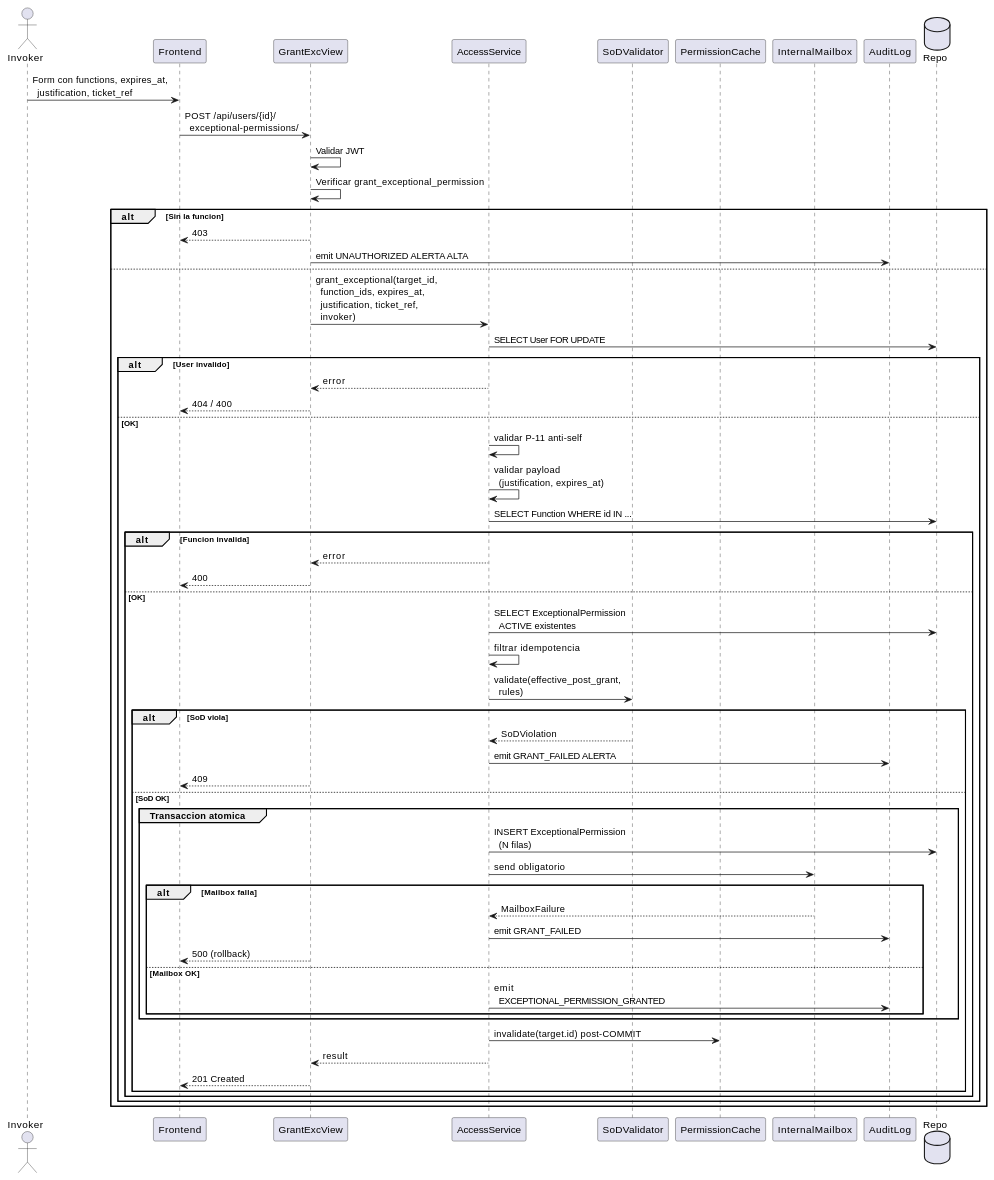
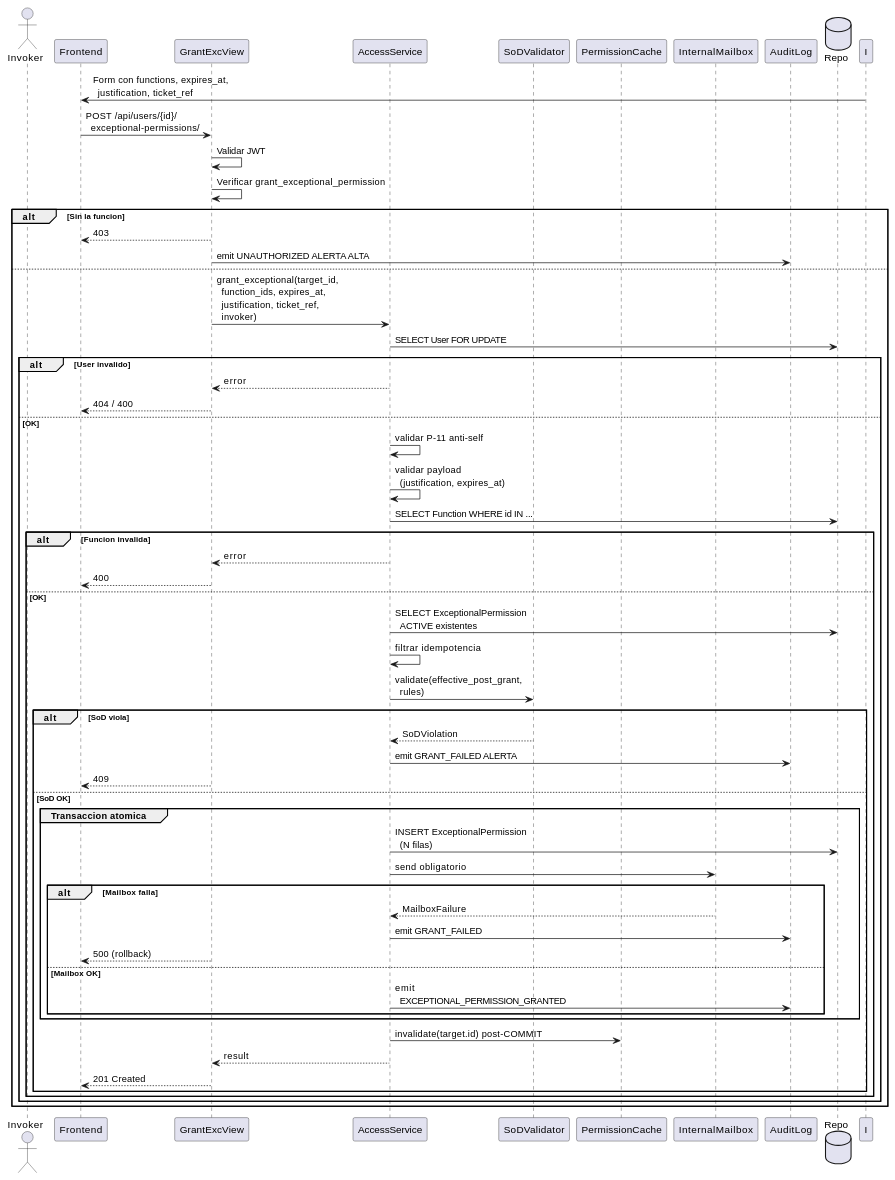
Before and after one commit to jcg-admin/IACT-docs: the second of 4 diagrams in source/requisitos/casos-uso/access/uc-acc-08/diagramas-uml.rst, drawn with PlantUML. The commit also changed other lines of this file and 79 other files, not shown here.

First line of the commit message:
Sweep cryptic aliases in UC diagramas-uml files

```diff
--- a/source/requisitos/casos-uso/access/uc-acc-08/diagramas-uml.rst
+++ b/source/requisitos/casos-uso/access/uc-acc-08/diagramas-uml.rst
@@ -54,66 +54,66 @@
 .. uml::
  :caption: UC_ACC_08 — flujo principal
 
  @startuml
 
- actor Invoker as I
- participant "Frontend" as FE
- participant "GrantExcView" as GV
- participant "AccessService" as AS
- participant "SoDValidator" as SV
- participant "PermissionCache" as PC
- participant "InternalMailbox" as IM
- participant "AuditLog" as AL
- database "Repo" as DB
+ actor Invoker as Invoker
+ participant "Frontend" as Frontend
+ participant "GrantExcView" as Grantexcview
+ participant "AccessService" as Accessservice
+ participant "SoDValidator" as Sodvalidator
+ participant "PermissionCache" as Permissioncache
+ participant "InternalMailbox" as Internalmailbox
+ participant "AuditLog" as Auditlog
+ database "Repo" as Repo
 
- I -> FE: Form con functions, expires_at,\n  justification, ticket_ref
- FE -> GV: POST /api/users/{id}/\n  exceptional-permissions/
+ I -> Frontend: Form con functions, expires_at,\n  justification, ticket_ref
+ Frontend -> Grantexcview: POST /api/users/{id}/\n  exceptional-permissions/
 
- GV -> GV: Validar JWT
- GV -> GV: Verificar grant_exceptional_permission
+ Grantexcview -> Grantexcview: Validar JWT
+ Grantexcview -> Grantexcview: Verificar grant_exceptional_permission
  alt Sin la funcion
-   GV --> FE: 403
-   GV -> AL: emit UNAUTHORIZED ALERTA ALTA
+   Grantexcview --> Frontend: 403
+   Grantexcview -> Auditlog: emit UNAUTHORIZED ALERTA ALTA
  else
-   GV -> AS: grant_exceptional(target_id,\n  function_ids, expires_at,\n  justification, ticket_ref,\n  invoker)
+   Grantexcview -> Accessservice: grant_exceptional(target_id,\n  function_ids, expires_at,\n  justification, ticket_ref,\n  invoker)
 
-   AS -> DB: SELECT User FOR UPDATE
+   Accessservice -> Repo: SELECT User FOR UPDATE
    alt User invalido
-     AS --> GV: error
-     GV --> FE: 404 / 400
+     Accessservice --> Grantexcview: error
+     Grantexcview --> Frontend: 404 / 400
    else OK
-     AS -> AS: validar P-11 anti-self
-     AS -> AS: validar payload\n  (justification, expires_at)
-     AS -> DB: SELECT Function WHERE id IN ...
+     Accessservice -> Accessservice: validar P-11 anti-self
+     Accessservice -> Accessservice: validar payload\n  (justification, expires_at)
+     Accessservice -> Repo: SELECT Function WHERE id IN ...
      alt Funcion invalida
-       AS --> GV: error
-       GV --> FE: 400
+       Accessservice --> Grantexcview: error
+       Grantexcview --> Frontend: 400
      else OK
-       AS -> DB: SELECT ExceptionalPermission\n  ACTIVE existentes
-       AS -> AS: filtrar idempotencia
-       AS -> SV: validate(effective_post_grant,\n  rules)
+       Accessservice -> Repo: SELECT ExceptionalPermission\n  ACTIVE existentes
+       Accessservice -> Accessservice: filtrar idempotencia
+       Accessservice -> Sodvalidator: validate(effective_post_grant,\n  rules)
        alt SoD viola
-         SV --> AS: SoDViolation
-         AS -> AL: emit GRANT_FAILED ALERTA
-         GV --> FE: 409
+         Sodvalidator --> Accessservice: SoDViolation
+         Accessservice -> Auditlog: emit GRANT_FAILED ALERTA
+         Grantexcview --> Frontend: 409
        else SoD OK
          group Transaccion atomica
-           AS -> DB: INSERT ExceptionalPermission\n  (N filas)
-           AS -> IM: send obligatorio
+           Accessservice -> Repo: INSERT ExceptionalPermission\n  (N filas)
+           Accessservice -> Internalmailbox: send obligatorio
            alt Mailbox falla
-             IM --> AS: MailboxFailure
-             AS -> AL: emit GRANT_FAILED
-             GV --> FE: 500 (rollback)
+             Internalmailbox --> Accessservice: MailboxFailure
+             Accessservice -> Auditlog: emit GRANT_FAILED
+             Grantexcview --> Frontend: 500 (rollback)
            else Mailbox OK
-             AS -> AL: emit\n  EXCEPTIONAL_PERMISSION_GRANTED
+             Accessservice -> Auditlog: emit\n  EXCEPTIONAL_PERMISSION_GRANTED
            end
          end
-         AS -> PC: invalidate(target.id) post-COMMIT
-         AS --> GV: result
-         GV --> FE: 201 Created
+         Accessservice -> Permissioncache: invalidate(target.id) post-COMMIT
+         Accessservice --> Grantexcview: result
+         Grantexcview --> Frontend: 201 Created
        end
      end
    end
  end
 
  @enduml
```
